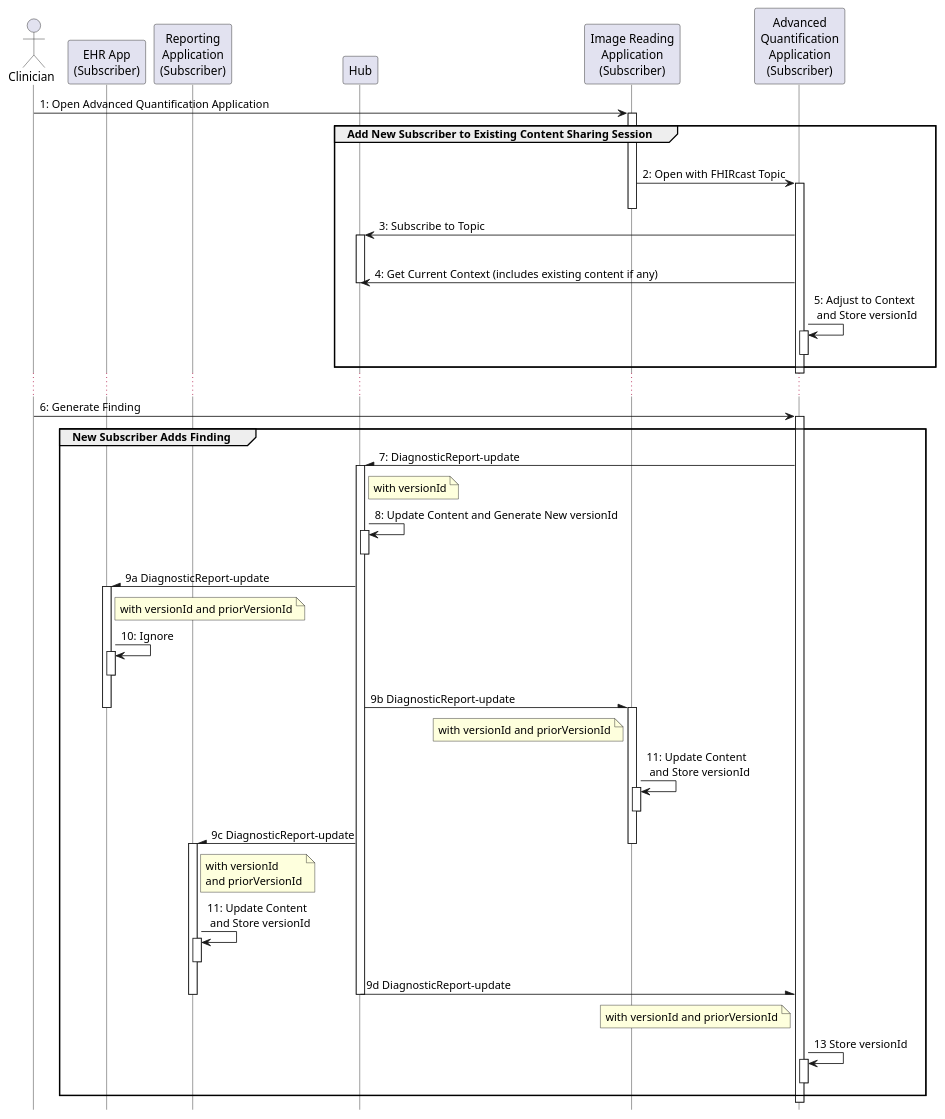
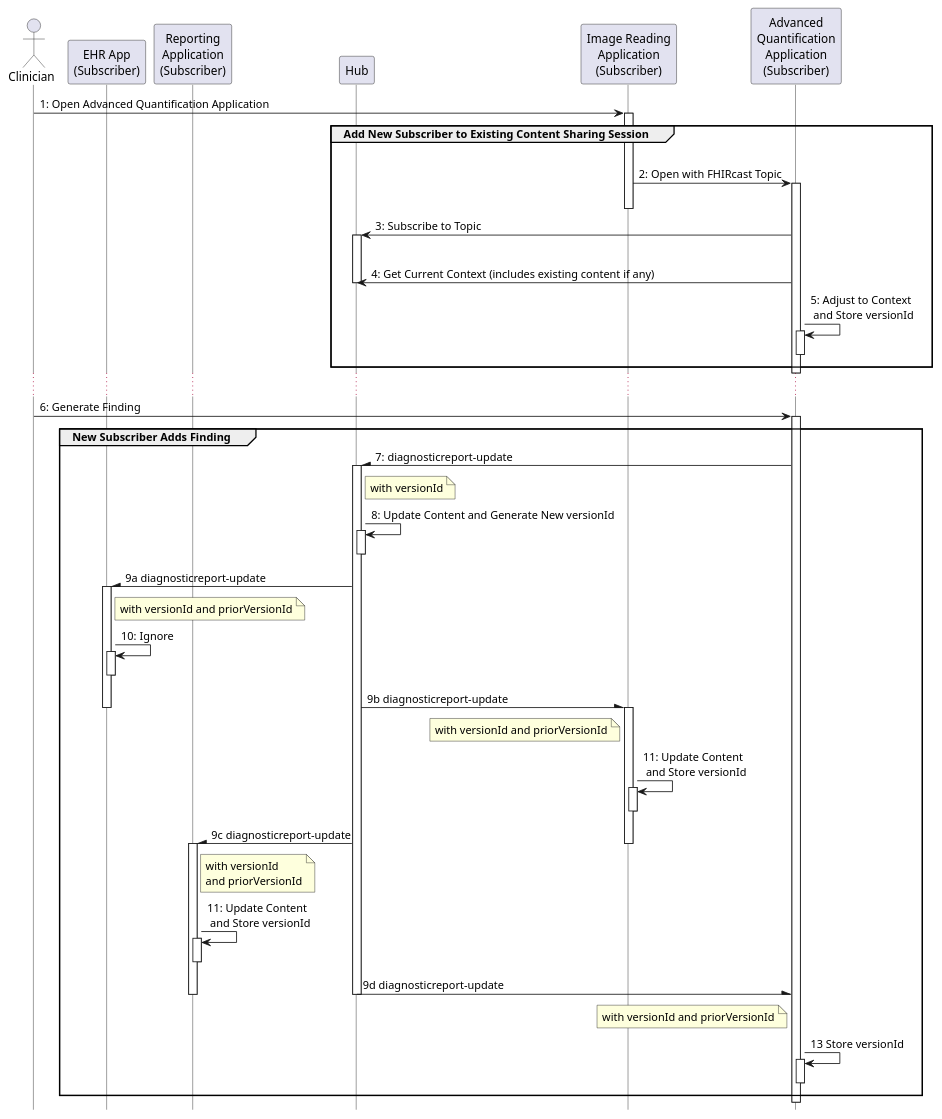
One commit to HL7/fhircast-docs changed the diagram in input/images-source/ContentExchangeAdvancedQuantification.plantuml. Above: the diagram before and after it, drawn with PlantUML. The commit also changed 3 other files, not shown here.

Commit message:
FHIR-37074 - diagrams

```diff
--- a/input/images-source/ContentExchangeAdvancedQuantification.plantuml
+++ b/input/images-source/ContentExchangeAdvancedQuantification.plantuml
@@ -1,55 +1,55 @@
 @startuml
 skinparam shadowing false
 skinparam lifelineStrategy nosolid
 hide footbox
 
 actor Clinician
 participant "EHR App\n(Subscriber)" as EHR
 participant "Reporting\nApplication\n(Subscriber)" as RepApp
 participant Hub
 participant "Image Reading\nApplication\n(Subscriber)" as App1
 participant "Advanced\nQuantification\nApplication\n(Subscriber)" as App2
 
 Clinician -> App1: 1: Open Advanced Quantification Application
 activate App1
 group Add New Subscriber to Existing Content Sharing Session
 |||
 App1 -> App2++: 2: Open with FHIRcast Topic
 deactivate App1
 App2 -> Hub: 3: Subscribe to Topic
 activate Hub
 |||
 App2 -> Hub: 4: Get Current Context (includes existing content if any)
 deactivate Hub
 App2 -> App2++--: 5: Adjust to Context\n and Store versionId
 end
 deactivate App2
 ...
 Clinician -> App2: 6: Generate Finding
 activate App2
 group New Subscriber Adds Finding
-App2 -\ Hub++: 7: DiagnosticReport-update
+App2 -\ Hub++: 7: diagnosticreport-update
 note right Hub: with versionId
 Hub -> Hub++--: 8: Update Content and Generate New versionId
-Hub -\ EHR: 9a DiagnosticReport-update
+Hub -\ EHR: 9a diagnosticreport-update
 note right EHR: with versionId and priorVersionId
 activate EHR
 EHR -> EHR++--: 10: Ignore
-Hub -\ App1: 9b DiagnosticReport-update
+Hub -\ App1: 9b diagnosticreport-update
 deactivate EHR
 activate App1
 note left App1: with versionId and priorVersionId
 App1 -> App1++--: 11: Update Content\n and Store versionId
-Hub -\ RepApp: 9c DiagnosticReport-update
+Hub -\ RepApp: 9c diagnosticreport-update
 deactivate App1
 activate RepApp
 note right RepApp: with versionId\nand priorVersionId
 RepApp -> RepApp++--: 11: Update Content\n and Store versionId
-Hub -\ App2: 9d DiagnosticReport-update
+Hub -\ App2: 9d diagnosticreport-update
 deactivate RepApp
 deactivate Hub
 note left App2: with versionId and priorVersionId
 App2 -> App2++--: 13 Store versionId
 end
 
 @enduml
```
